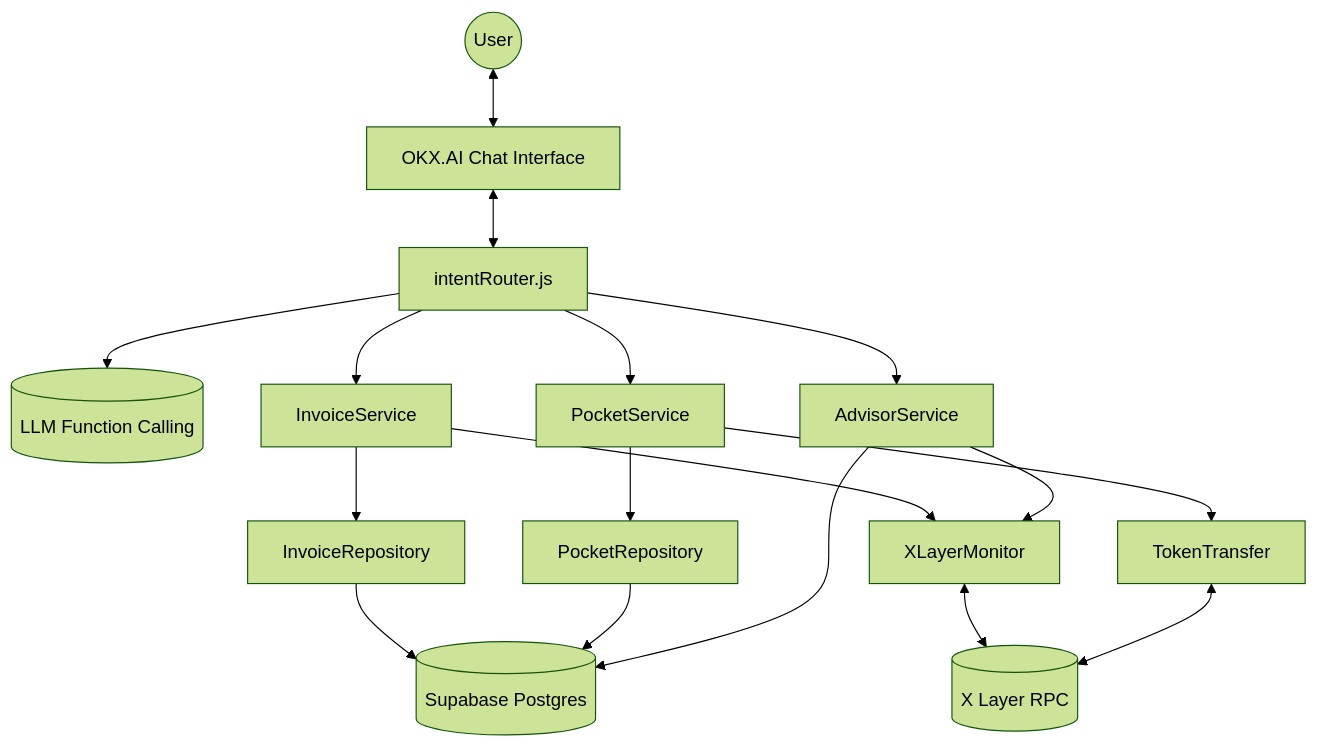
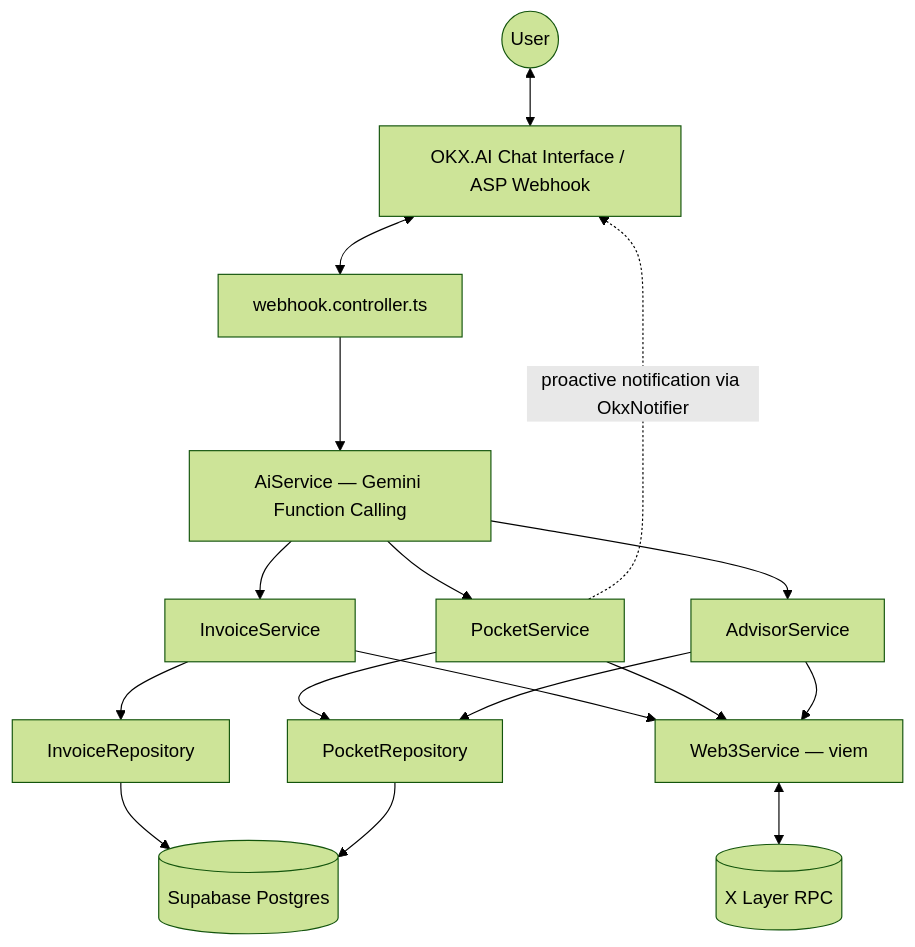
One commit to secondioprawiro/SoloFi-CFO changed the first of 5 diagrams in solofi-apps/ARCHITECTURE.md. Above: the diagram before and after it, drawn with Mermaid (forest theme). The commit also changed other lines of this file and 50 other files, not shown here.

````diff
--- a/solofi-apps/ARCHITECTURE.md
+++ b/solofi-apps/ARCHITECTURE.md
@@ -9,23 +9,24 @@
 ```mermaid
 flowchart TB
-    User((User)) <--> OKX[OKX.AI Chat Interface]
-    OKX <--> Router[intentRouter.js]
-    Router --> LLM[(LLM Function Calling)]
-    Router --> InvoiceSvc[InvoiceService]
-    Router --> PocketSvc[PocketService]
-    Router --> AdvisorSvc[AdvisorService]
+    User((User)) <--> OKX[OKX.AI Chat Interface / ASP Webhook]
+    OKX <--> Ctrl[webhook.controller.ts]
+    Ctrl --> AiSvc[AiService — Gemini Function Calling]
+    AiSvc --> InvoiceSvc[InvoiceService]
+    AiSvc --> PocketSvc[PocketService]
+    AiSvc --> AdvisorSvc[AdvisorService]
 
     InvoiceSvc --> InvoiceRepo[InvoiceRepository]
     PocketSvc --> PocketRepo[PocketRepository]
+    AdvisorSvc --> PocketRepo
 
     InvoiceRepo --> DB[(Supabase Postgres)]
     PocketRepo --> DB
 
-    InvoiceSvc --> Monitor[XLayerMonitor]
-    PocketSvc --> Transfer[TokenTransfer]
-    AdvisorSvc --> Monitor
-    AdvisorSvc --> DB
+    InvoiceSvc --> Web3Svc[Web3Service — viem]
+    PocketSvc --> Web3Svc
+    AdvisorSvc --> Web3Svc
 
-    Monitor <--> XLayer[(X Layer RPC)]
-    Transfer <--> XLayer
+    Web3Svc <--> XLayer[(X Layer RPC)]
+
+    PocketSvc -. proactive notification via OkxNotifier .-> OKX
 ```
````
